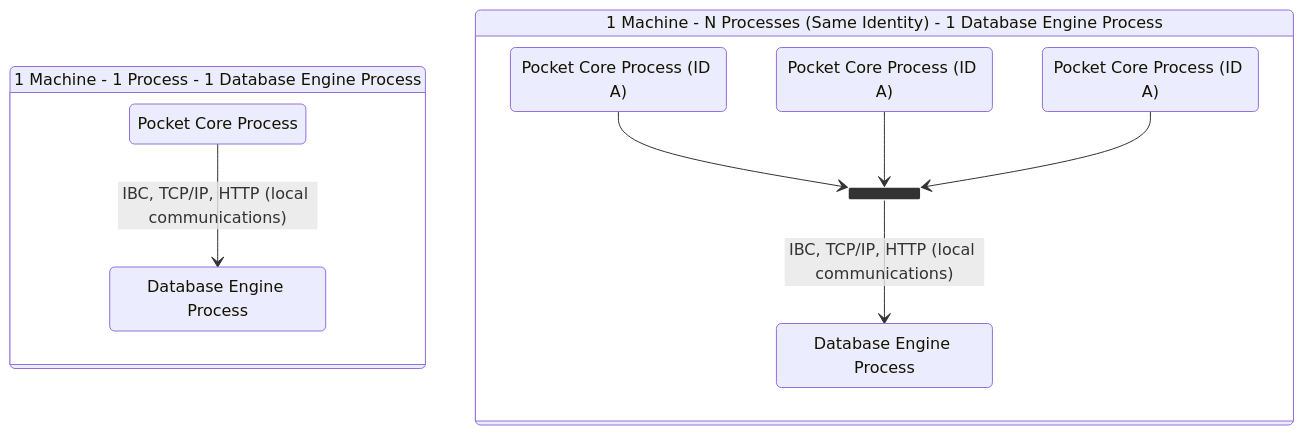
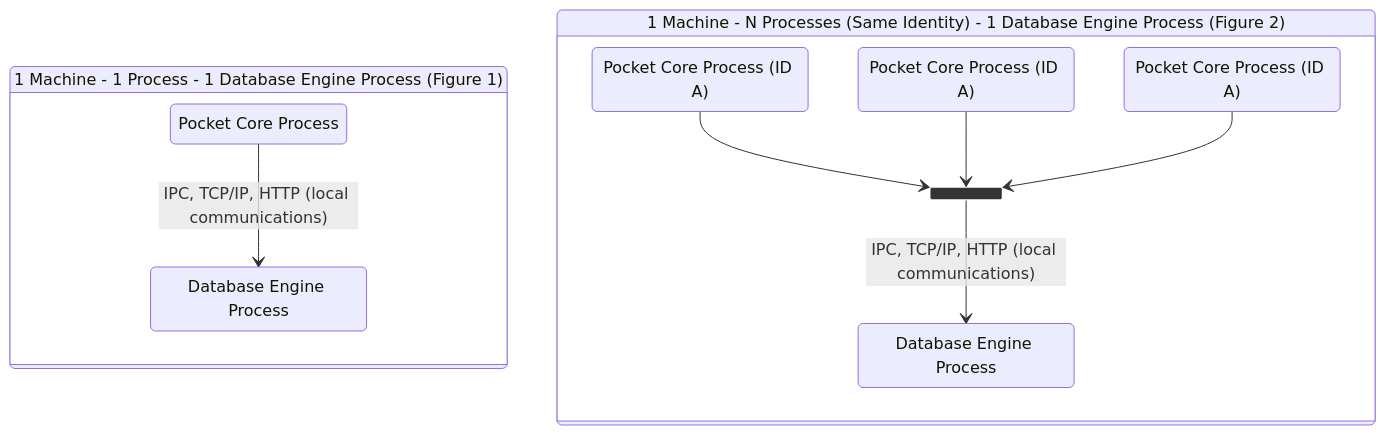
One commit to pokt-network/pocket-network-protocol changed the first of 7 diagrams in persistence/README.md. Above: the diagram before and after it, drawn with Mermaid. The commit also changed other lines of this file and 5 other files, not shown here.

````diff
--- a/persistence/README.md
+++ b/persistence/README.md
@@ -138,24 +96,26 @@
 ```mermaid
 stateDiagram-v2
-    Fig1: 1 Machine - 1 Process - 1 Database Engine Process
-    Fig2: 1 Machine - N Processes (Same Identity) - 1 Database Engine Process
+    Fig1: 1 Machine - 1 Process - 1 Database Engine Process (Figure 1)
+    Fig2: 1 Machine - N Processes (Same Identity) - 1 Database Engine Process (Figure 2)
 
     state Fig1 {
         P: Pocket Core Process
         DB: Database Engine Process
-        P --> DB: IBC, TCP/IP, HTTP (local communications)
+        P --> DB: IPC, TCP/IP, HTTP (local communications)
+
     }
 
     state Fig2 {
         PA1: Pocket Core Process (ID A)
         PA2: Pocket Core Process (ID A)
         PA3: Pocket Core Process (ID A)
         B: Database Engine Process
 
         state join_state2 <<join>>
         PA1 --> join_state2
         PA2 --> join_state2
         PA3 --> join_state2
-        join_state2 --> B: IBC, TCP/IP, HTTP (local communications)
+        join_state2 --> B: IPC, TCP/IP, HTTP (local communications)
     }
+
 ```
````
